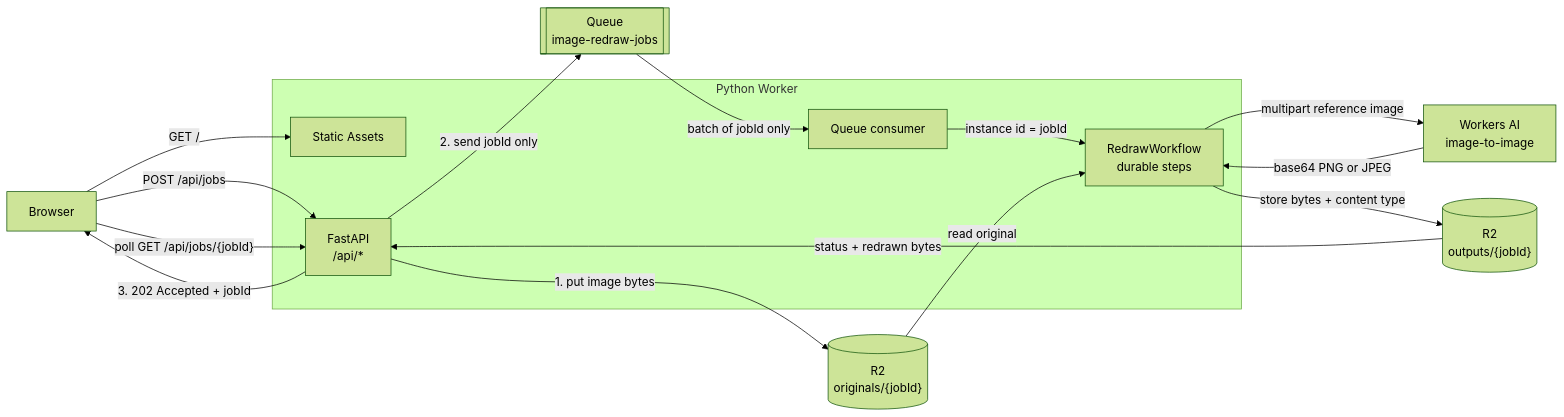
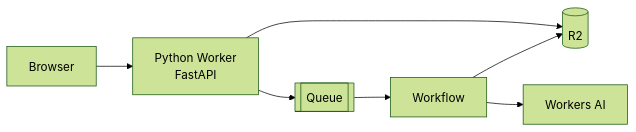
Before and after one commit to cloudflare/python-workers-examples: the diagram in 20-image-redraw/README.md, drawn with Mermaid (forest theme). The commit also changed other lines of this file and 6 other files, not shown here.

Commit message:
Resize image inside python workers

````diff
--- a/20-image-redraw/README.md
+++ b/20-image-redraw/README.md
@@ -16,30 +21,16 @@
 ```mermaid
 flowchart LR
     Browser["Browser"]
+    Worker["Python Worker<br/>FastAPI"]
+    Queue[["Queue"]]
+    Workflow["Workflow"]
+    R2[("R2")]
+    AI["Workers AI"]
 
-    subgraph Worker["Python Worker"]
-        Assets["Static Assets"]
-        API["FastAPI<br/>/api/*"]
-        Consumer["Queue consumer"]
-        Workflow["RedrawWorkflow<br/>durable steps"]
-    end
-
-    Queue[["Queue<br/>image-redraw-jobs"]]
-    Originals[("R2<br/>originals/{jobId}")]
-    Outputs[("R2<br/>outputs/{jobId}")]
-    AI["Workers AI<br/>image-to-image"]
-
-    Browser -->|"GET /"| Assets
-    Browser -->|"POST /api/jobs"| API
-    API -->|"1. put image bytes"| Originals
-    API -->|"2. send jobId only"| Queue
-    API -->|"3. 202 Accepted + jobId"| Browser
-    Queue -->|"batch of jobId only"| Consumer
-    Consumer -->|"instance id = jobId"| Workflow
-    Originals -->|"read original"| Workflow
-    Workflow -->|"multipart reference image"| AI
-    AI -->|"base64 PNG or JPEG"| Workflow
-    Workflow -->|"store bytes + content type"| Outputs
-    Browser -->|"poll GET /api/jobs/{jobId}"| API
-    Outputs -->|"status + redrawn bytes"| API
+    Browser --> Worker
+    Worker --> R2
+    Worker --> Queue
+    Queue --> Workflow
+    Workflow --> R2
+    Workflow --> AI
 ```
````
